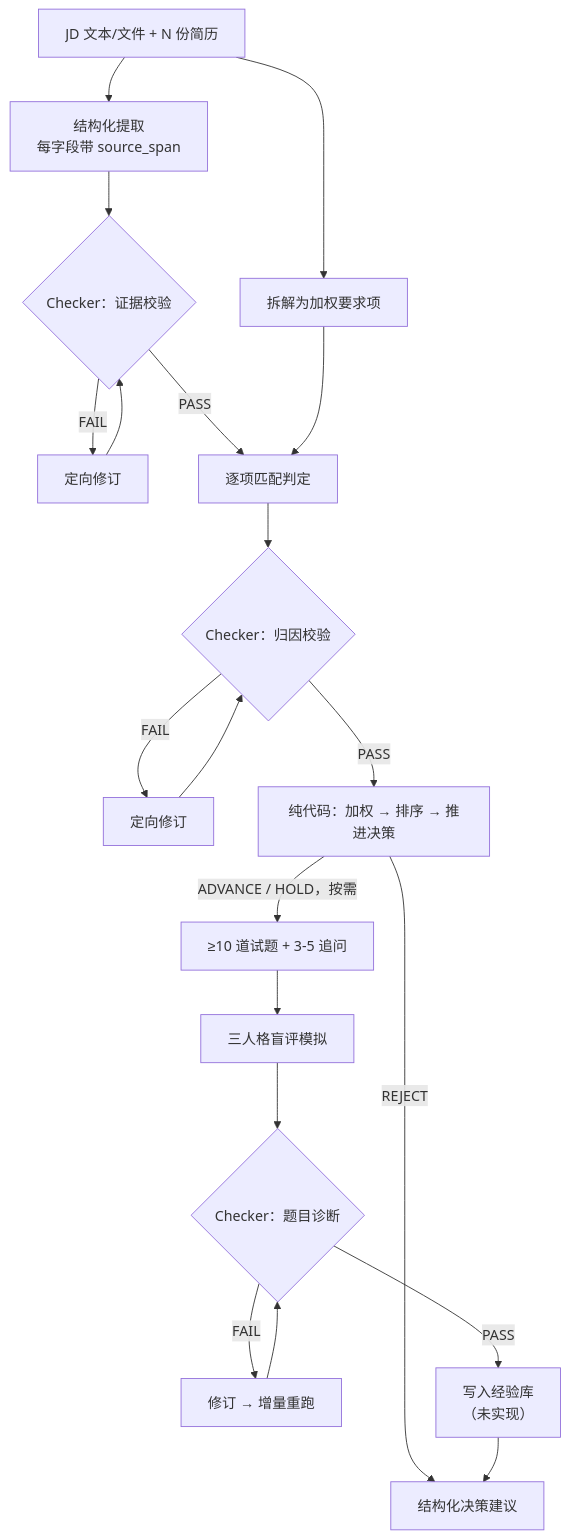
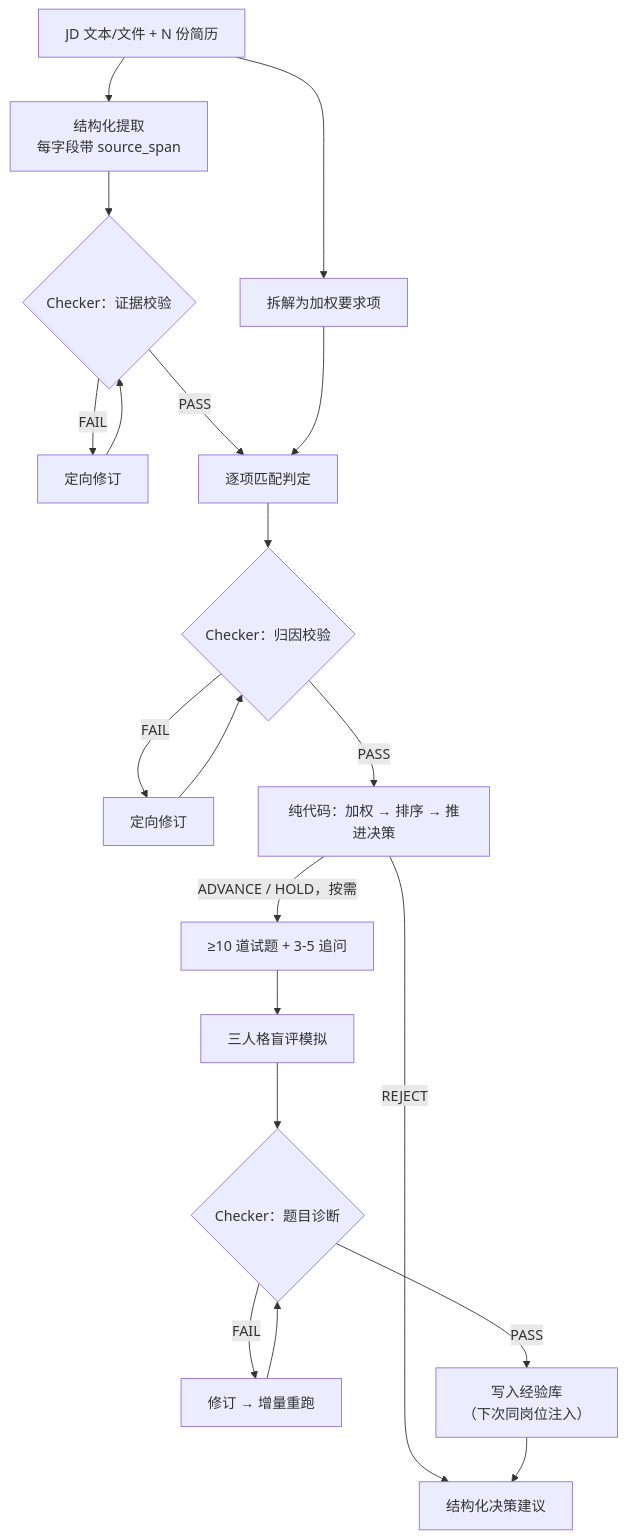
The first of 2 diagrams in README.md (1367877593-ops/resume-screening-agent), drawn with Mermaid before and after one commit. The commit also changed other lines of this file and 3 other files, not shown here.

````diff
--- a/README.md
+++ b/README.md
@@ -103,22 +111,22 @@
 ```mermaid
 flowchart TD
     A["JD 文本/文件 + N 份简历"] --> B["拆解为加权要求项"]
     A --> C["结构化提取<br/>每字段带 source_span"]
     C --> D{"Checker：证据校验"}
     D -->|FAIL| E["定向修订"]
     E --> D
     D -->|PASS| F["逐项匹配判定"]
     B --> F
     F --> G{"Checker：归因校验"}
     G -->|FAIL| H["定向修订"]
     H --> G
     G -->|PASS| I["纯代码：加权 → 排序 → 推进决策"]
     I -->|REJECT| N["结构化决策建议"]
     I -->|ADVANCE / HOLD，按需| J["≥10 道试题 + 3-5 追问"]
     J --> K["三人格盲评模拟"]
     K --> L{"Checker：题目诊断"}
     L -->|FAIL| M["修订 → 增量重跑"]
     M --> L
-    L -->|PASS| O["写入经验库<br/>（未实现）"]
+    L -->|PASS| O["写入经验库<br/>（下次同岗位注入）"]
     O --> N
 ```
````
